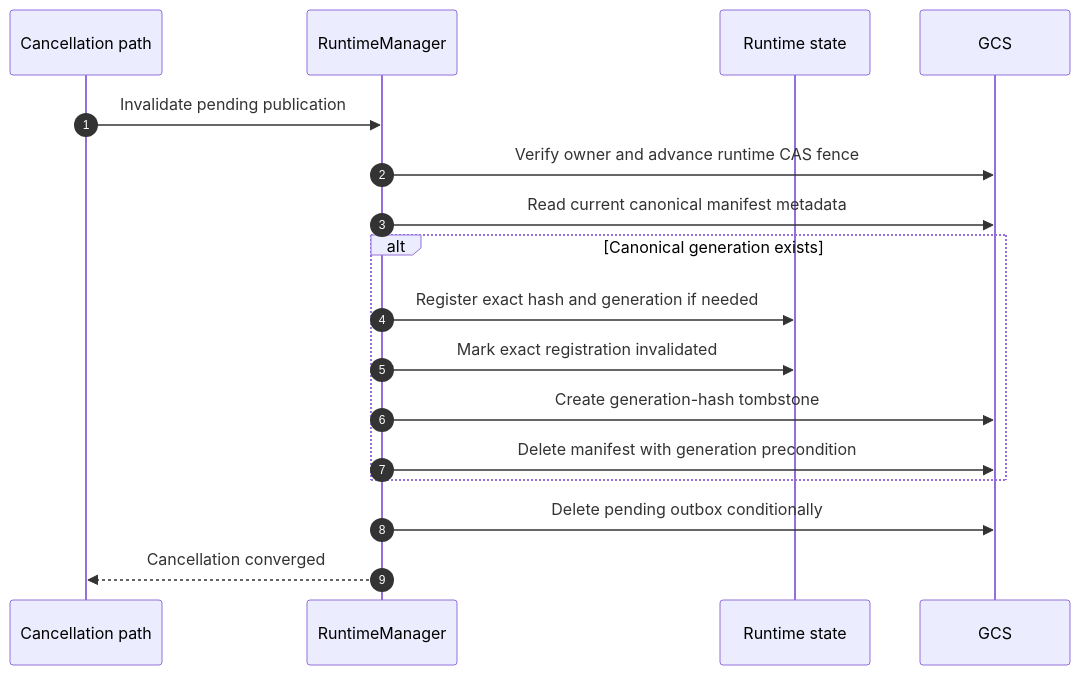
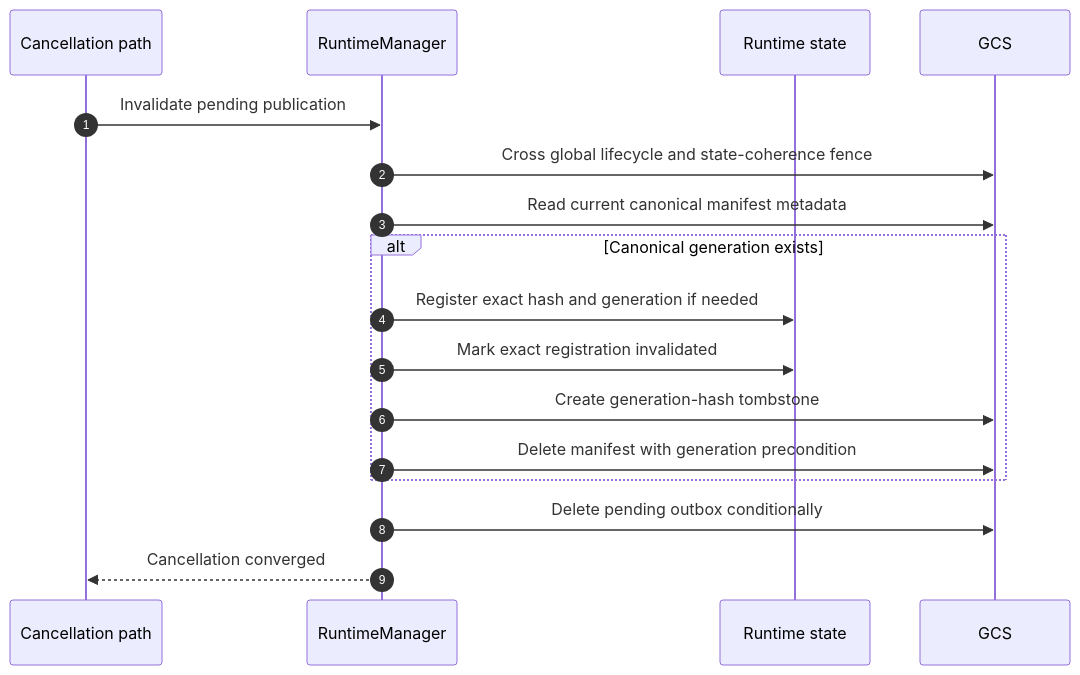
One commit to taikoxyz/raiko2 changed the sixth of 10 diagrams in docs/architecture.md. Above: the diagram before and after it, drawn with Mermaid. The commit also changed other lines of this file and 29 other files, not shown here.

````diff
--- a/docs/architecture.md
+++ b/docs/architecture.md
@@ -255,20 +252,20 @@
 ```mermaid
 sequenceDiagram
   autonumber
   participant Cancel as Cancellation path
   participant Runtime as RuntimeManager
   participant State as Runtime state
   participant GCS
 
   Cancel->>Runtime: Invalidate pending publication
-  Runtime->>GCS: Verify owner and advance runtime CAS fence
+  Runtime->>GCS: Cross global lifecycle and state-coherence fence
   Runtime->>GCS: Read current canonical manifest metadata
   alt Canonical generation exists
     Runtime->>State: Register exact hash and generation if needed
     Runtime->>State: Mark exact registration invalidated
     Runtime->>GCS: Create generation-hash tombstone
     Runtime->>GCS: Delete manifest with generation precondition
   end
   Runtime->>GCS: Delete pending outbox conditionally
   Runtime-->>Cancel: Cancellation converged
 ```
````
